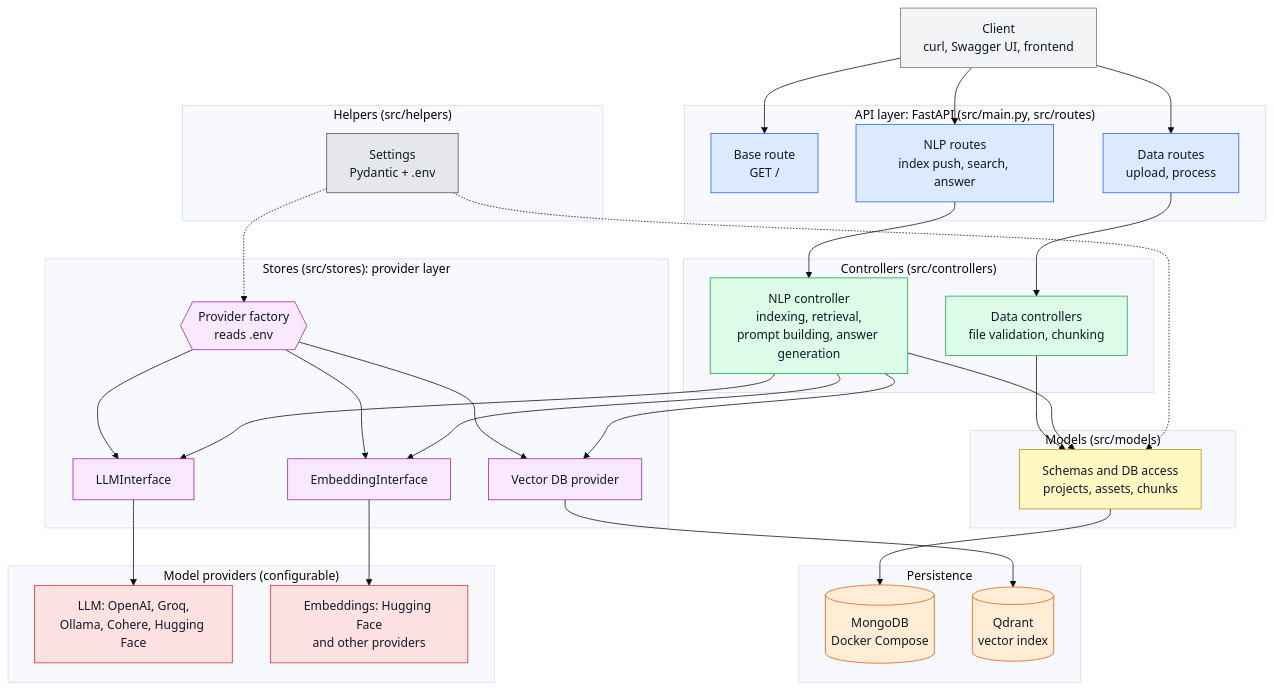
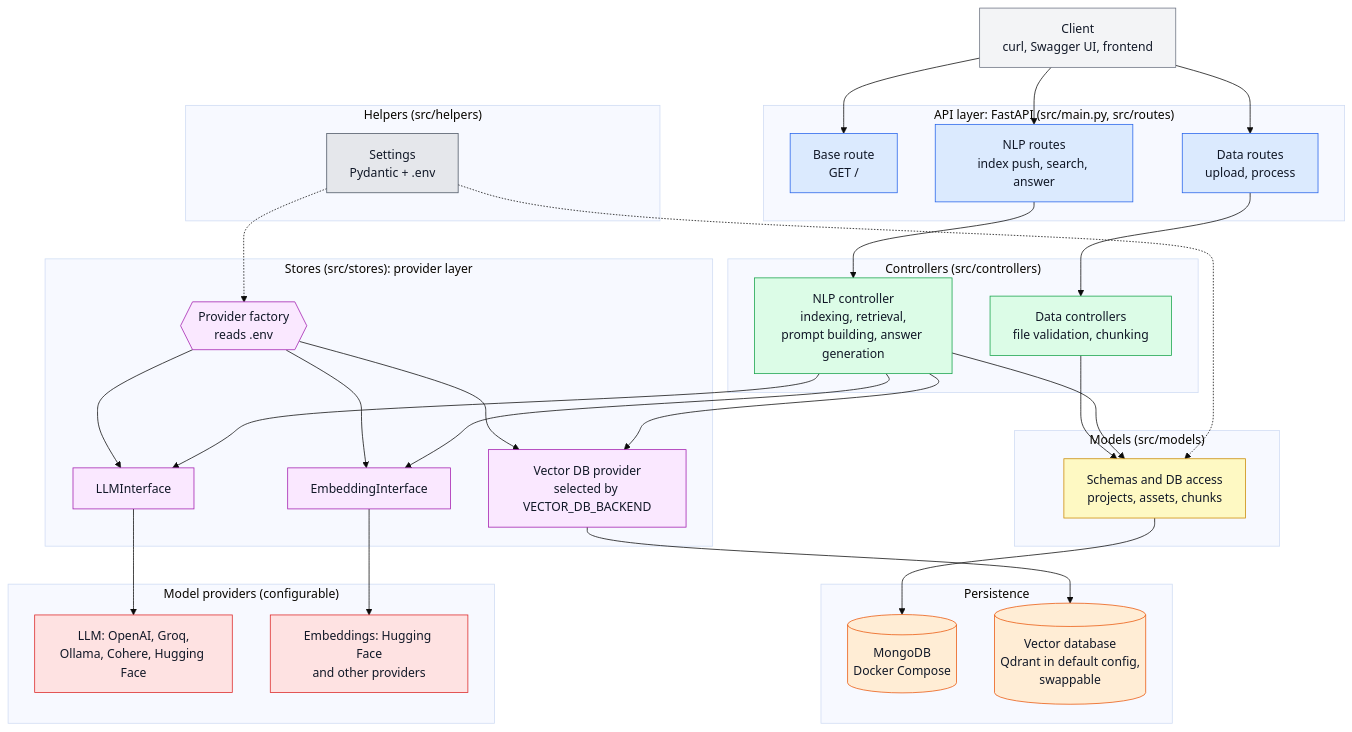
Before and after one commit to alim9hamed/Agenatic_Assistant_Doctor: the second of 3 diagrams in README.md, drawn with Mermaid (base theme). The commit also changed other lines of this file, not shown here.

````diff
--- a/README.md
+++ b/README.md
@@ -136,78 +140,78 @@
 ```mermaid
 flowchart TB
     Client["Client<br/>curl, Swagger UI, frontend"]
 
     subgraph API["API layer: FastAPI (src/main.py, src/routes)"]
         R1["Base route<br/>GET /"]
         R2["Data routes<br/>upload, process"]
         R3["NLP routes<br/>index push, search, answer"]
     end
 
     subgraph CTRL["Controllers (src/controllers)"]
         C1["Data controllers<br/>file validation, chunking"]
         C2["NLP controller<br/>indexing, retrieval,<br/>prompt building, answer generation"]
     end
 
     subgraph MODELS["Models (src/models)"]
         M1["Schemas and DB access<br/>projects, assets, chunks"]
     end
 
     subgraph STORES["Stores (src/stores): provider layer"]
         FAC{{"Provider factory<br/>reads .env"}}
         LLMI["LLMInterface"]
         EMBI["EmbeddingInterface"]
-        VDB["Vector DB provider"]
+        VDB["Vector DB provider<br/>selected by VECTOR_DB_BACKEND"]
         FAC --> LLMI
         FAC --> EMBI
         FAC --> VDB
     end
 
     subgraph HELP["Helpers (src/helpers)"]
         H1["Settings<br/>Pydantic + .env"]
     end
 
     subgraph DATA["Persistence"]
         MONGO[("MongoDB<br/>Docker Compose")]
-        QDRANT[("Qdrant<br/>vector index")]
+        VECDB[("Vector database<br/>Qdrant in default config,<br/>swappable")]
     end
 
     subgraph EXT["Model providers (configurable)"]
         LLMP["LLM: OpenAI, Groq,<br/>Ollama, Cohere, Hugging Face"]
         EMBP["Embeddings: Hugging Face<br/>and other providers"]
     end
 
     Client --> R1
     Client --> R2
     Client --> R3
     R2 --> C1
     R3 --> C2
     C1 --> M1
     C2 --> M1
     C2 --> LLMI
     C2 --> EMBI
     C2 --> VDB
     M1 --> MONGO
-    VDB --> QDRANT
+    VDB --> VECDB
     LLMI --> LLMP
     EMBI --> EMBP
     H1 -.-> FAC
     H1 -.-> M1
 
     classDef client fill:#f3f4f6,stroke:#6b7280,color:#111827
     classDef api fill:#dbeafe,stroke:#2563eb,color:#111827
     classDef ctrl fill:#dcfce7,stroke:#16a34a,color:#111827
     classDef model fill:#fef9c3,stroke:#ca8a04,color:#111827
     classDef store fill:#fae8ff,stroke:#a21caf,color:#111827
     classDef help fill:#e5e7eb,stroke:#4b5563,color:#111827
     classDef data fill:#ffedd5,stroke:#ea580c,color:#111827
     classDef ext fill:#fee2e2,stroke:#dc2626,color:#111827
 
     class Client client
     class R1,R2,R3 api
     class C1,C2 ctrl
     class M1 model
     class FAC,LLMI,EMBI,VDB store
     class H1 help
-    class MONGO,QDRANT data
+    class MONGO,VECDB data
     class LLMP,EMBP ext
 ```
````
